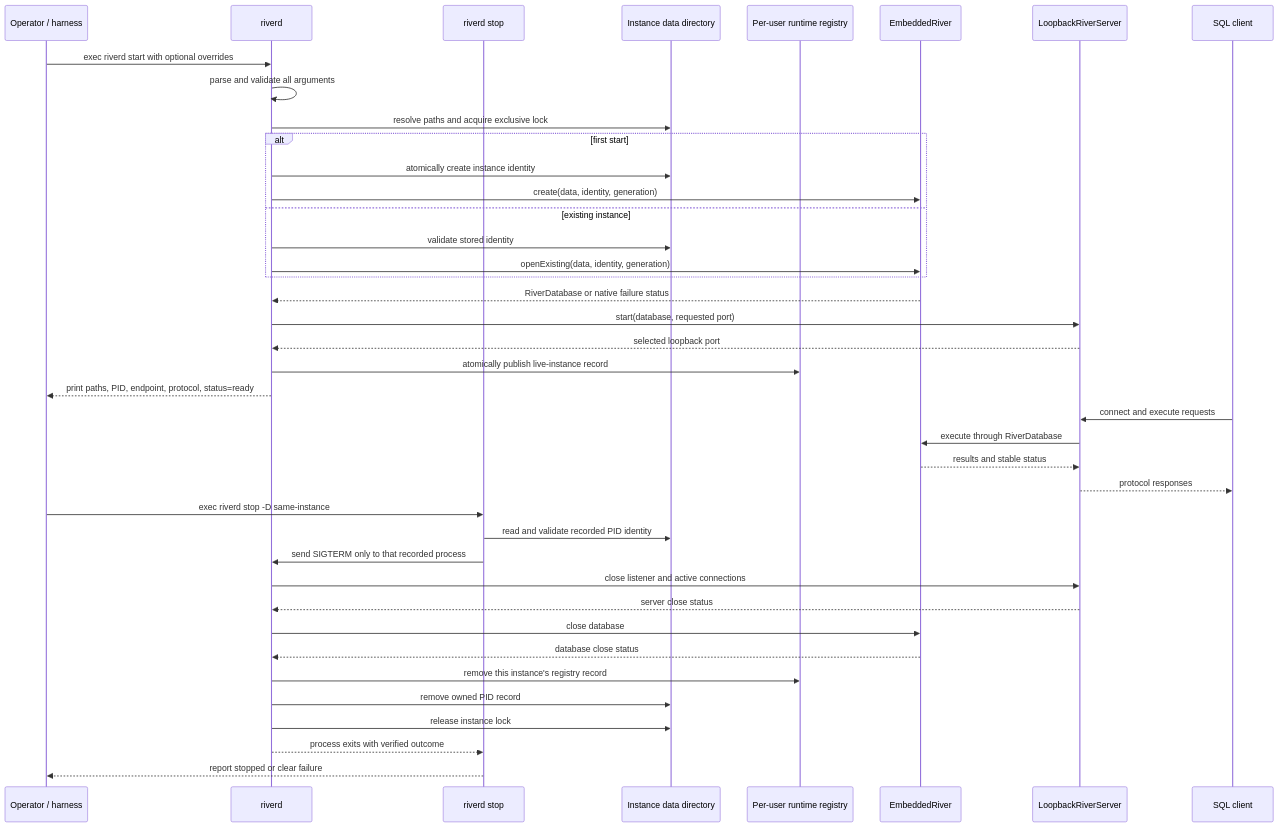
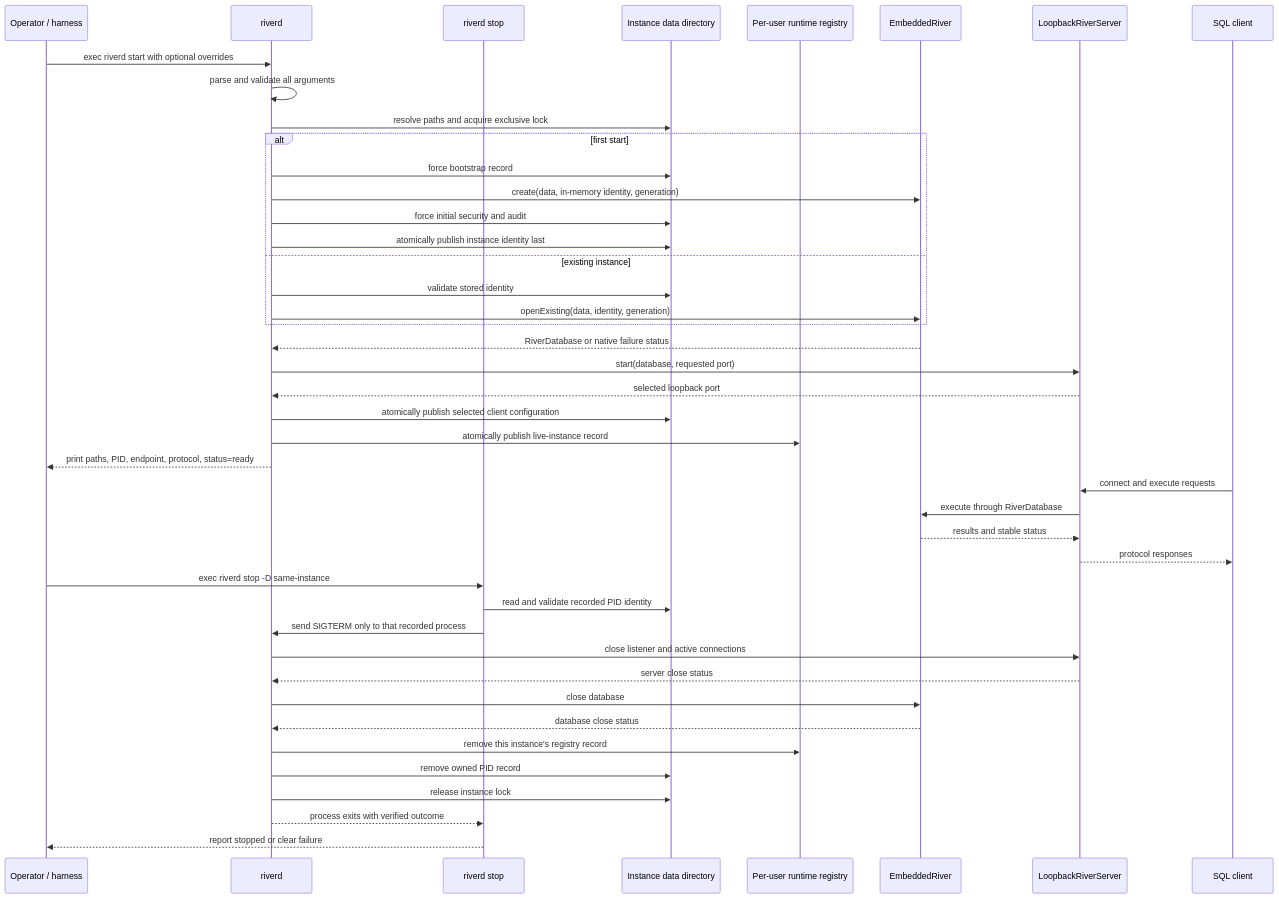
Before and after one commit to blater/river: the second of 2 diagrams in docs/plans/riverd-standalone-server-plan.md, drawn with Mermaid. The commit also changed other lines of this file and 12 other files, not shown here.

````diff
--- a/docs/plans/riverd-standalone-server-plan.md
+++ b/docs/plans/riverd-standalone-server-plan.md
@@ -90,43 +105,46 @@
 ```mermaid
 sequenceDiagram
   participant C as Operator / harness
   participant D as riverd
   participant T as riverd stop
   participant H as Instance data directory
   participant R as Per-user runtime registry
   participant E as EmbeddedRiver
   participant S as LoopbackRiverServer
   participant Q as SQL client
 
   C->>D: exec riverd start with optional overrides
   D->>D: parse and validate all arguments
   D->>H: resolve paths and acquire exclusive lock
   alt first start
-    D->>H: atomically create instance identity
-    D->>E: create(data, identity, generation)
+    D->>H: force bootstrap record
+    D->>E: create(data, in-memory identity, generation)
+    D->>H: force initial security and audit
+    D->>H: atomically publish instance identity last
   else existing instance
     D->>H: validate stored identity
     D->>E: openExisting(data, identity, generation)
   end
   E-->>D: RiverDatabase or native failure status
   D->>S: start(database, requested port)
   S-->>D: selected loopback port
+  D->>H: atomically publish selected client configuration
   D->>R: atomically publish live-instance record
   D-->>C: print paths, PID, endpoint, protocol, status=ready
   Q->>S: connect and execute requests
   S->>E: execute through RiverDatabase
   E-->>S: results and stable status
   S-->>Q: protocol responses
   C->>T: exec riverd stop -D same-instance
   T->>H: read and validate recorded PID identity
   T->>D: send SIGTERM only to that recorded process
   D->>S: close listener and active connections
   S-->>D: server close status
   D->>E: close database
   E-->>D: database close status
   D->>R: remove this instance's registry record
   D->>H: remove owned PID record
   D->>H: release instance lock
   D-->>T: process exits with verified outcome
   T-->>C: report stopped or clear failure
 ```
````
